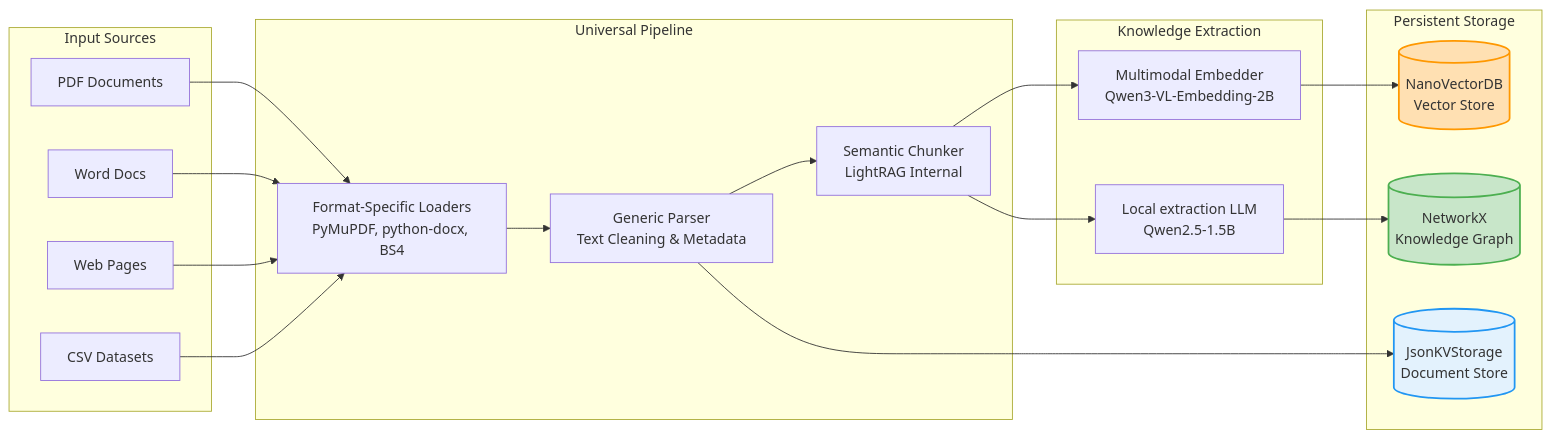
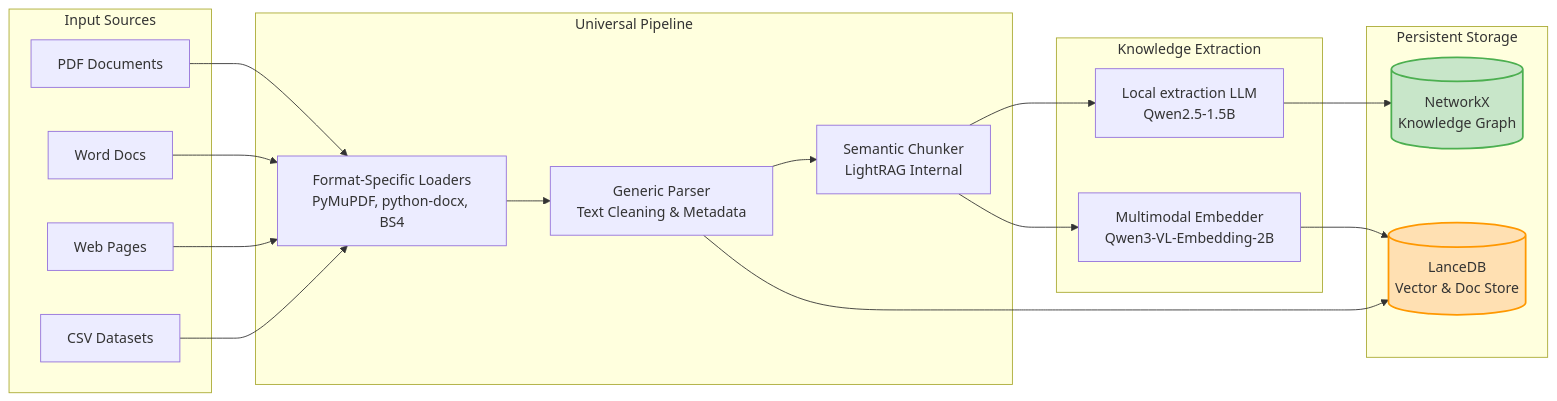
Before and after one commit to CalmScout/agentic-research-kit: the third of 4 diagrams in docs/ARCHITECTURE_DIAGRAMS.md, drawn with Mermaid. The commit also changed other lines of this file and 29 other files, not shown here.

````diff
--- a/docs/ARCHITECTURE_DIAGRAMS.md
+++ b/docs/ARCHITECTURE_DIAGRAMS.md
@@ -182,43 +197,41 @@
 ```mermaid
 flowchart LR
     subgraph "Input Sources"
         PDF[PDF Documents]
         DOCX[Word Docs]
         HTML[Web Pages]
         CSV[CSV Datasets]
     end
 
     subgraph "Universal Pipeline"
         Loader[Format-Specific Loaders<br/>PyMuPDF, python-docx, BS4]
         Parser[Generic Parser<br/>Text Cleaning & Metadata]
         Chunker[Semantic Chunker<br/>LightRAG Internal]
     end
 
     subgraph "Knowledge Extraction"
         LLM[Local extraction LLM<br/>Qwen2.5-1.5B]
         Embed[Multimodal Embedder<br/>Qwen3-VL-Embedding-2B]
     end
 
     subgraph "Persistent Storage"
-        VDB[(NanoVectorDB<br/>Vector Store)]
+        LanceDB[(LanceDB<br/>Vector & Doc Store)]
         KG[(NetworkX<br/>Knowledge Graph)]
-        DocStore[(JsonKVStorage<br/>Document Store)]
     end
 
     %% Connections
     PDF & DOCX & HTML & CSV --> Loader
     Loader --> Parser
     Parser --> Chunker
     
     Chunker --> LLM
     Chunker --> Embed
     
     LLM --> KG
-    Embed --> VDB
-    Parser --> DocStore
+    Embed --> LanceDB
+    Parser --> LanceDB
 
     %% Styling
-    style VDB fill:#FFE0B2,stroke:#FF9800,stroke-width:2px
+    style LanceDB fill:#FFE0B2,stroke:#FF9800,stroke-width:2px
     style KG fill:#C8E6C9,stroke:#4CAF50,stroke-width:2px
-    style DocStore fill:#E3F2FD,stroke:#2196F3,stroke-width:2px
 ```
````
